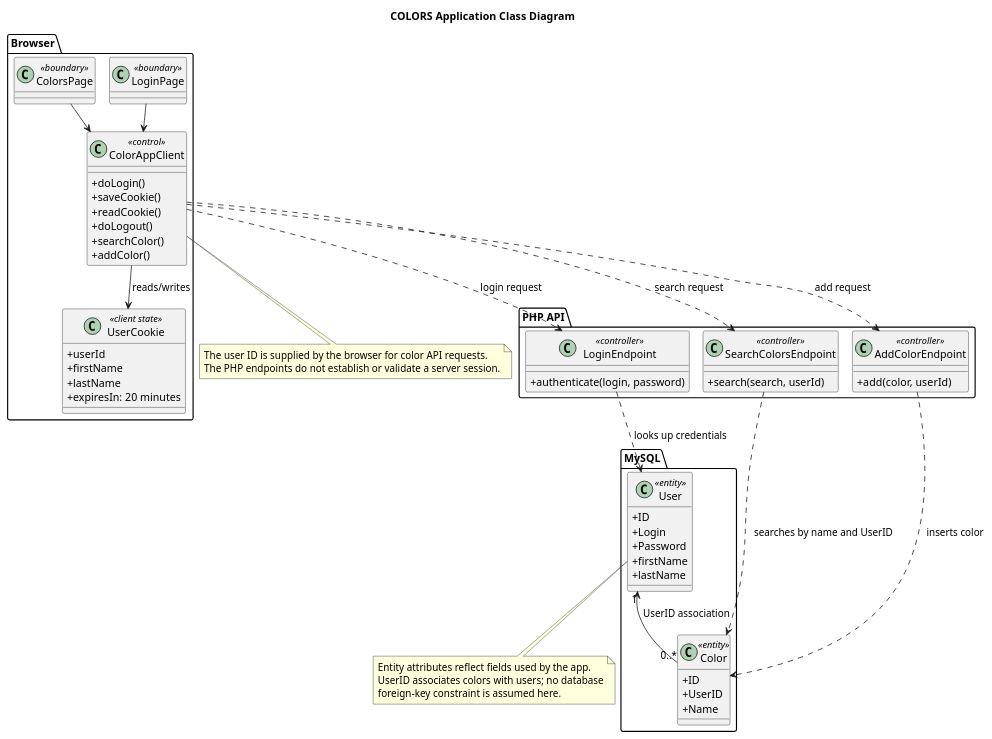
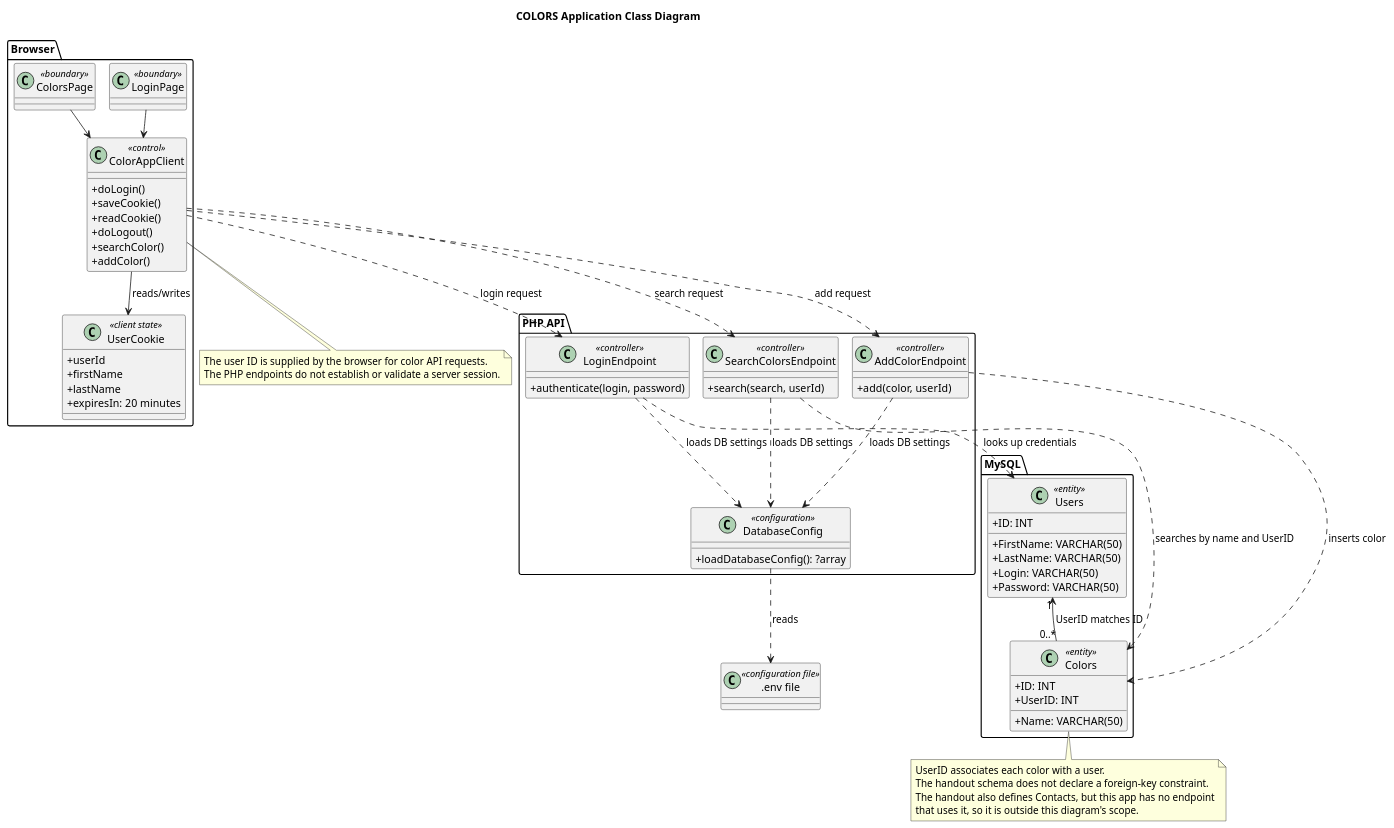
Before and after one commit to MelindaM4y/POOSD-COLORS-Lab: the diagram in docs/uml/class.puml, drawn with PlantUML. The commit also changed 1 other file, not shown here.

Commit message:
Align class UML diagram with LAMP handout

```diff
--- a/docs/uml/class.puml
+++ b/docs/uml/class.puml
@@ -1,76 +1,87 @@
 @startuml
 !pragma layout smetana
 title COLORS Application Class Diagram
 skinparam classAttributeIconSize 0
 
 package "Browser" {
   class LoginPage <<boundary>>
   class ColorsPage <<boundary>>
 
   class ColorAppClient <<control>> {
     +doLogin()
     +saveCookie()
     +readCookie()
     +doLogout()
     +searchColor()
     +addColor()
   }
 
   class UserCookie <<client state>> {
     +userId
     +firstName
     +lastName
     +expiresIn: 20 minutes
   }
 }
 
 package "PHP API" {
+  class DatabaseConfig <<configuration>> {
+    +loadDatabaseConfig(): ?array
+  }
+
   class LoginEndpoint <<controller>> {
     +authenticate(login, password)
   }
   class SearchColorsEndpoint <<controller>> {
     +search(search, userId)
   }
   class AddColorEndpoint <<controller>> {
     +add(color, userId)
   }
 }
 
 package "MySQL" {
-  class User <<entity>> {
-    +ID
-    +Login
-    +Password
-    +firstName
-    +lastName
+  class Users <<entity>> {
+    +ID: INT
+    +FirstName: VARCHAR(50)
+    +LastName: VARCHAR(50)
+    +Login: VARCHAR(50)
+    +Password: VARCHAR(50)
   }
 
-  class Color <<entity>> {
-    +ID
-    +UserID
-    +Name
+  class Colors <<entity>> {
+    +ID: INT
+    +Name: VARCHAR(50)
+    +UserID: INT
   }
 }
+
+class ".env file" as EnvFile <<configuration file>>
 
 LoginPage --> ColorAppClient
 ColorsPage --> ColorAppClient
 ColorAppClient --> UserCookie : reads/writes
 ColorAppClient ..> LoginEndpoint : login request
 ColorAppClient ..> SearchColorsEndpoint : search request
 ColorAppClient ..> AddColorEndpoint : add request
-LoginEndpoint ..> User : looks up credentials
-SearchColorsEndpoint ..> Color : searches by name and UserID
-AddColorEndpoint ..> Color : inserts color
-User "1" <-- "0..*" Color : UserID association
+LoginEndpoint ..> Users : looks up credentials
+SearchColorsEndpoint ..> Colors : searches by name and UserID
+AddColorEndpoint ..> Colors : inserts color
+LoginEndpoint ..> DatabaseConfig : loads DB settings
+SearchColorsEndpoint ..> DatabaseConfig : loads DB settings
+AddColorEndpoint ..> DatabaseConfig : loads DB settings
+DatabaseConfig ..> EnvFile : reads
+Users "1" <-- "0..*" Colors : UserID matches ID
 
 note bottom of ColorAppClient
 The user ID is supplied by the browser for color API requests.
 The PHP endpoints do not establish or validate a server session.
 end note
 
-note bottom of User
-Entity attributes reflect fields used by the app.
-UserID associates colors with users; no database
-foreign-key constraint is assumed here.
+note bottom of Colors
+UserID associates each color with a user.
+The handout schema does not declare a foreign-key constraint.
+The handout also defines Contacts, but this app has no endpoint
+that uses it, so it is outside this diagram's scope.
 end note
 @enduml
```
